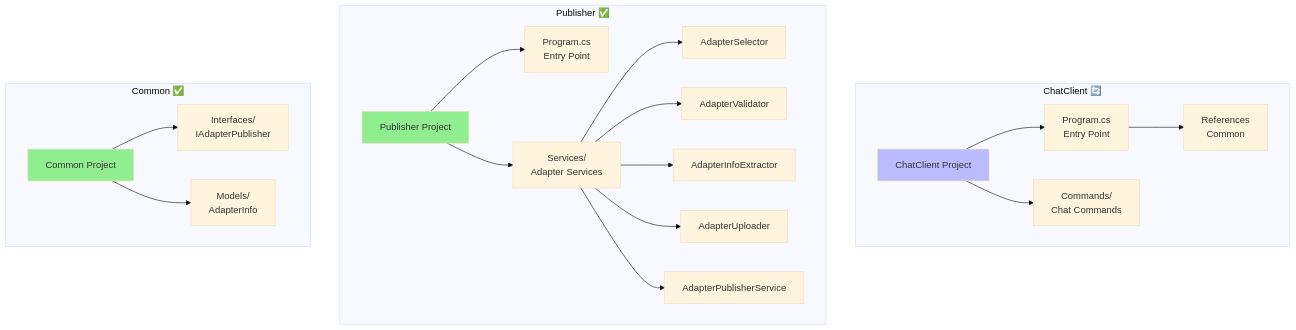
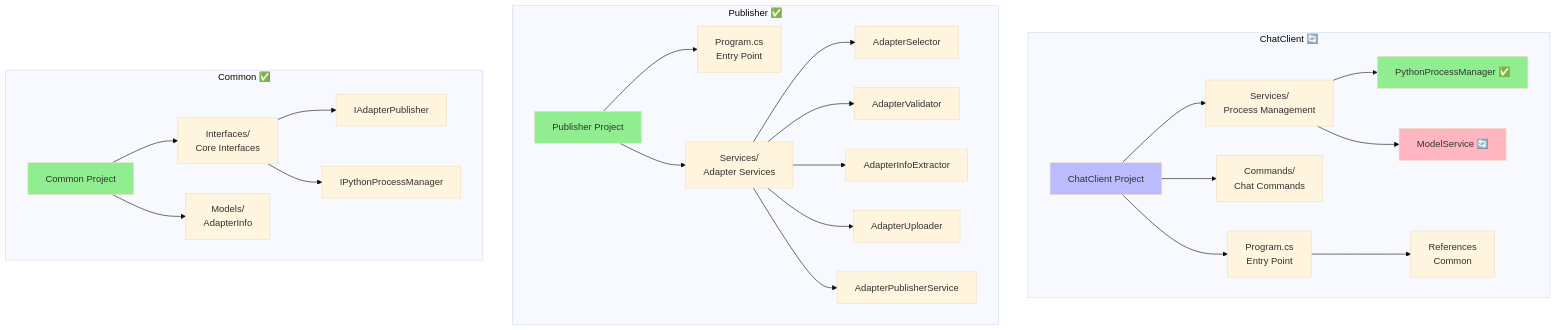
Before and after one commit to gsinghjay/LLMAdapterClient: the fifth of 7 diagrams in STORY.md, drawn with Mermaid (base theme). The commit also changed other lines of this file, not shown here.

Commit message:
docs(story): update project narrative to include Python Process Manager

````diff
--- a/STORY.md
+++ b/STORY.md
@@ -168,30 +194,37 @@
 ```mermaid
 graph TD
     subgraph "ChatClient 🔄"
         CC[ChatClient Project]
         CC --> CC1[Program.cs<br>Entry Point]
         CC --> CC2[Commands/<br>Chat Commands]
-        CC1 --> CC3[References<br>Common]
+        CC --> CC3[Services/<br>Process Management]
+        CC3 --> CC4[PythonProcessManager ✅]
+        CC3 --> CC5[ModelService 🔄]
+        CC1 --> CC6[References<br>Common]
     end
 
     subgraph "Publisher ✅"
         PB[Publisher Project]
         PB --> PB1[Program.cs<br>Entry Point]
         PB --> PB2[Services/<br>Adapter Services]
         PB2 --> PB3[AdapterSelector]
         PB2 --> PB4[AdapterValidator]
         PB2 --> PB5[AdapterInfoExtractor]
         PB2 --> PB6[AdapterUploader]
         PB2 --> PB7[AdapterPublisherService]
     end
 
     subgraph "Common ✅"
         CM[Common Project]
-        CM --> CM1[Interfaces/<br>IAdapterPublisher]
+        CM --> CM1[Interfaces/<br>Core Interfaces]
+        CM1 --> CM3[IAdapterPublisher]
+        CM1 --> CM4[IPythonProcessManager]
         CM --> CM2[Models/<br>AdapterInfo]
     end
 
     style CC fill:#bbf
+    style CC4 fill:#90EE90
+    style CC5 fill:#FFB6C1
     style PB fill:#90EE90
     style CM fill:#90EE90
 ```
````
